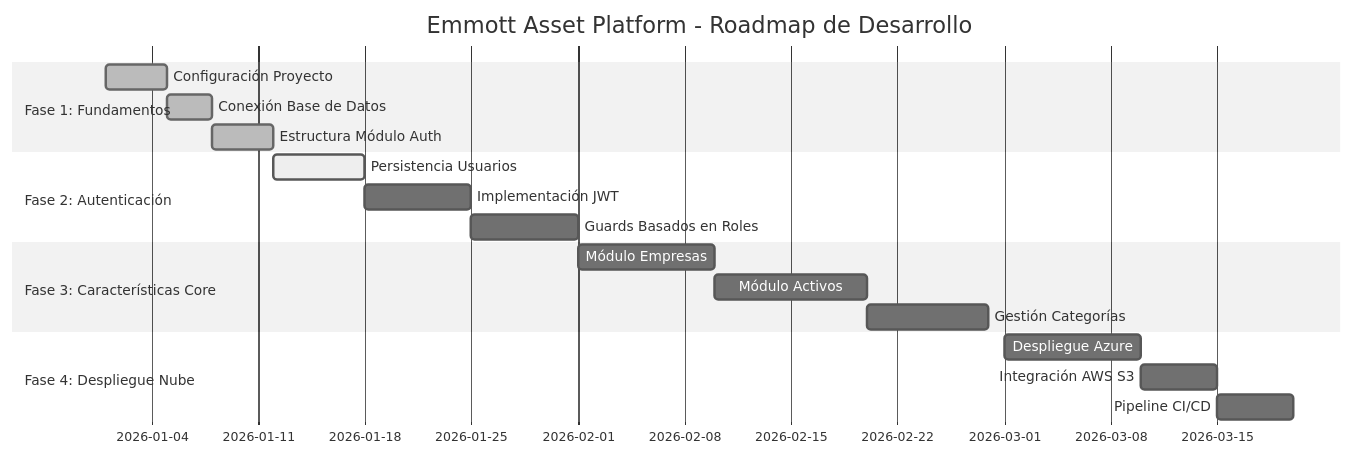
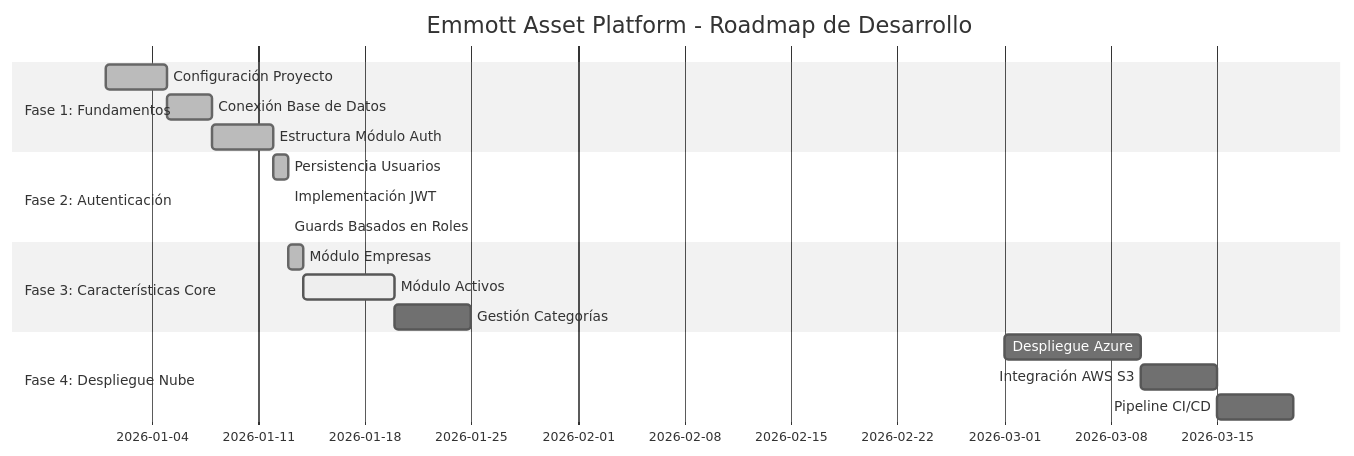
One commit to marceloemmott-dev/emmott-asset-platform-backend changed the sixth of 6 diagrams in README.md. Above: the diagram before and after it, drawn with Mermaid (neutral theme). The commit also changed other lines of this file and 17 other files, not shown here.

First line of the commit message:
feat(companies): Architecture Refactor, Circular Dependency Fix & Full Implementation (#3)

````diff
--- a/README.md
+++ b/README.md
@@ -937,24 +995,24 @@
 ```mermaid
 gantt
     title Emmott Asset Platform - Roadmap de Desarrollo
     dateFormat YYYY-MM-DD
     section Fase 1: Fundamentos
     Configuración Proyecto  :done, p1, 2026-01-01, 2026-01-05
     Conexión Base de Datos  :done, p2, 2026-01-05, 2026-01-08
     Estructura Módulo Auth  :done, p3, 2026-01-08, 2026-01-12
     
     section Fase 2: Autenticación
-    Persistencia Usuarios   :active, p4, 2026-01-12, 2026-01-18
-    Implementación JWT      :p5, 2026-01-18, 2026-01-25
-    Guards Basados en Roles :p6, 2026-01-25, 2026-02-01
+    Persistencia Usuarios   :done, p4, 2026-01-12, 2026-01-13
+    Implementación JWT      :done, p5, 2026-01-13, 2026-01-13
+    Guards Basados en Roles :done, p6, 2026-01-13, 2026-01-13
     
     section Fase 3: Características Core
-    Módulo Empresas         :p7, 2026-02-01, 2026-02-10
-    Módulo Activos          :p8, 2026-02-10, 2026-02-20
-    Gestión Categorías      :p9, 2026-02-20, 2026-02-28
+    Módulo Empresas         :done, p7, 2026-01-13, 2026-01-14
+    Módulo Activos          :active, p8, 2026-01-14, 2026-01-20
+    Gestión Categorías      :p9, 2026-01-20, 2026-01-25
     
     section Fase 4: Despliegue Nube
     Despliegue Azure        :p10, 2026-03-01, 2026-03-10
     Integración AWS S3      :p11, 2026-03-10, 2026-03-15
     Pipeline CI/CD          :p12, 2026-03-15, 2026-03-20
 ```
````
